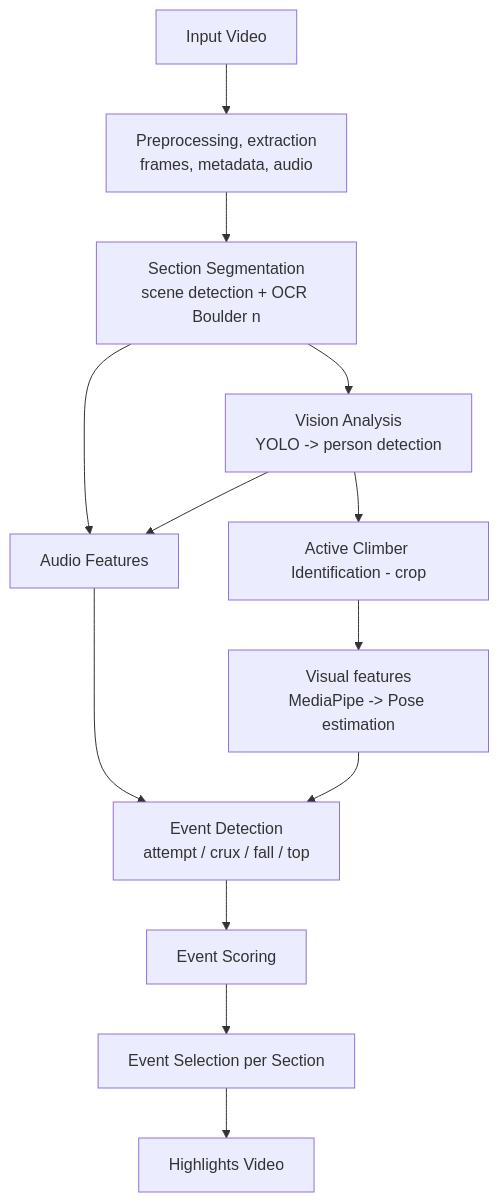
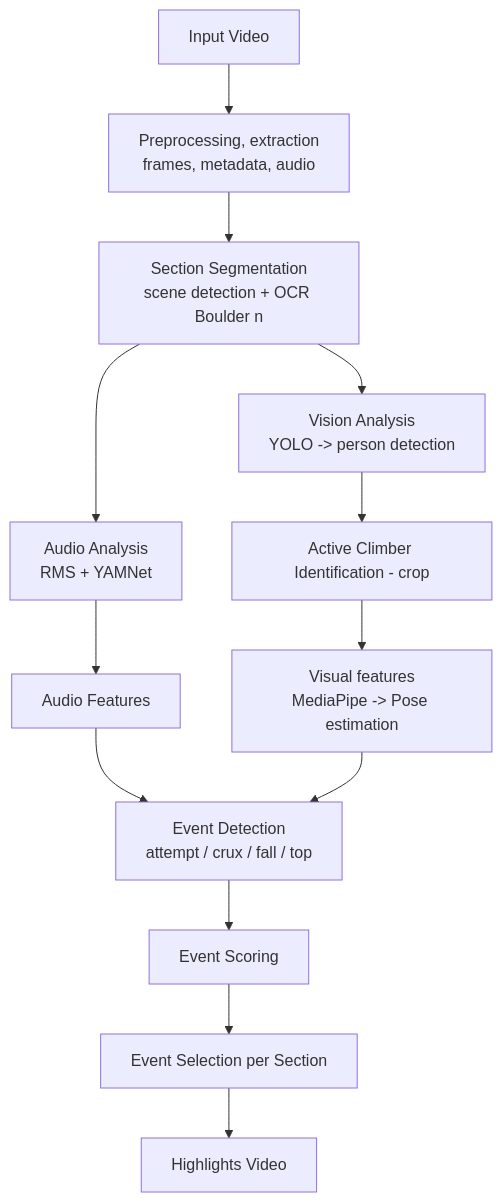
The diagram in README.md (SouheilMaatoug/bouldering-highlights), drawn with Mermaid before and after one commit.

Commit message:
fix: correct README flowchart

````diff
--- a/README.md
+++ b/README.md
@@ -35,15 +35,18 @@
 ```mermaid
 flowchart TD
     A[Input Video] --> B[Preprocessing, extraction<br/>frames,  metadata, audio];
     B --> C[Section Segmentation<br/>scene detection + OCR Boulder n];
+    
     C --> D[Vision Analysis<br/>YOLO -> person detection];
     D --> E[Active Climber Identification - crop];
     E --> F[Visual features<br/>MediaPipe -> Pose estimation]
+
     C --> G[Audio Analysis<br/>RMS + YAMNet];
-    D --> G[Audio Features];
-    G --> H[Event Detection<br/>attempt / crux / fall / top];
-    F --> H;
-    H --> J[Event Scoring];
+    G --> H[Audio Features];
+    
+    H --> I[Event Detection<br/>attempt / crux / fall / top];
+    F --> I;
+    I --> J[Event Scoring];
     J --> K[Event Selection per Section];
     K --> L[Highlights Video];
 ```
````
